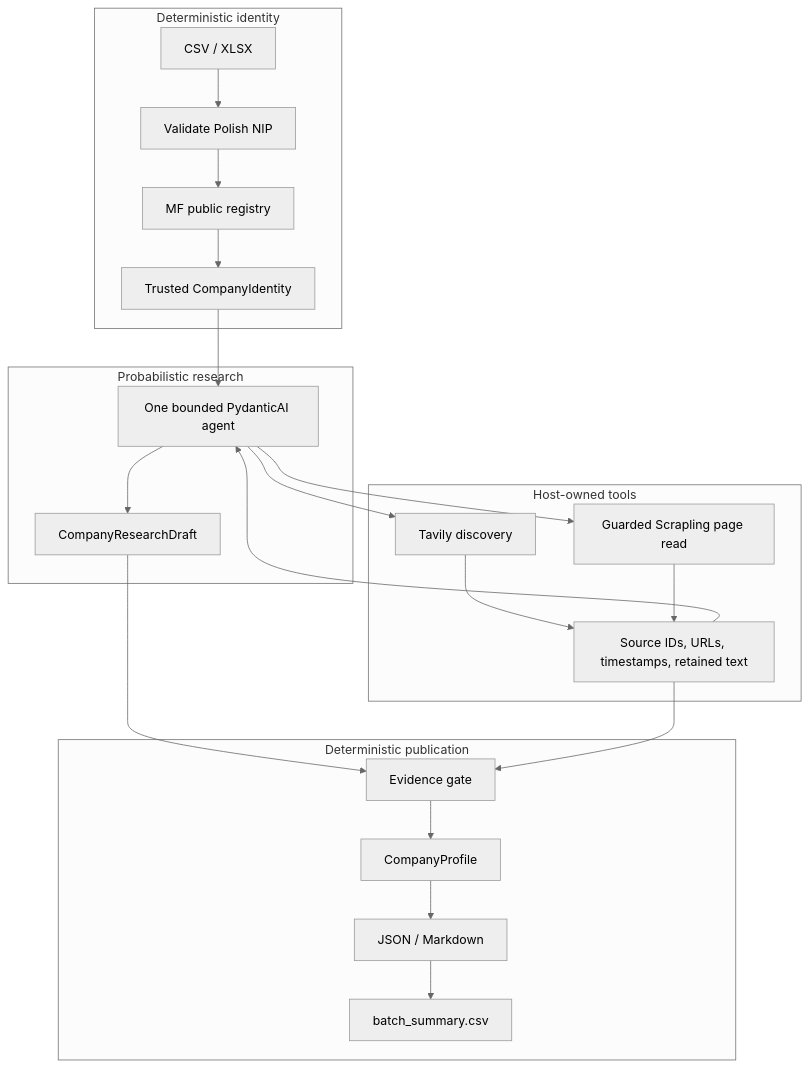
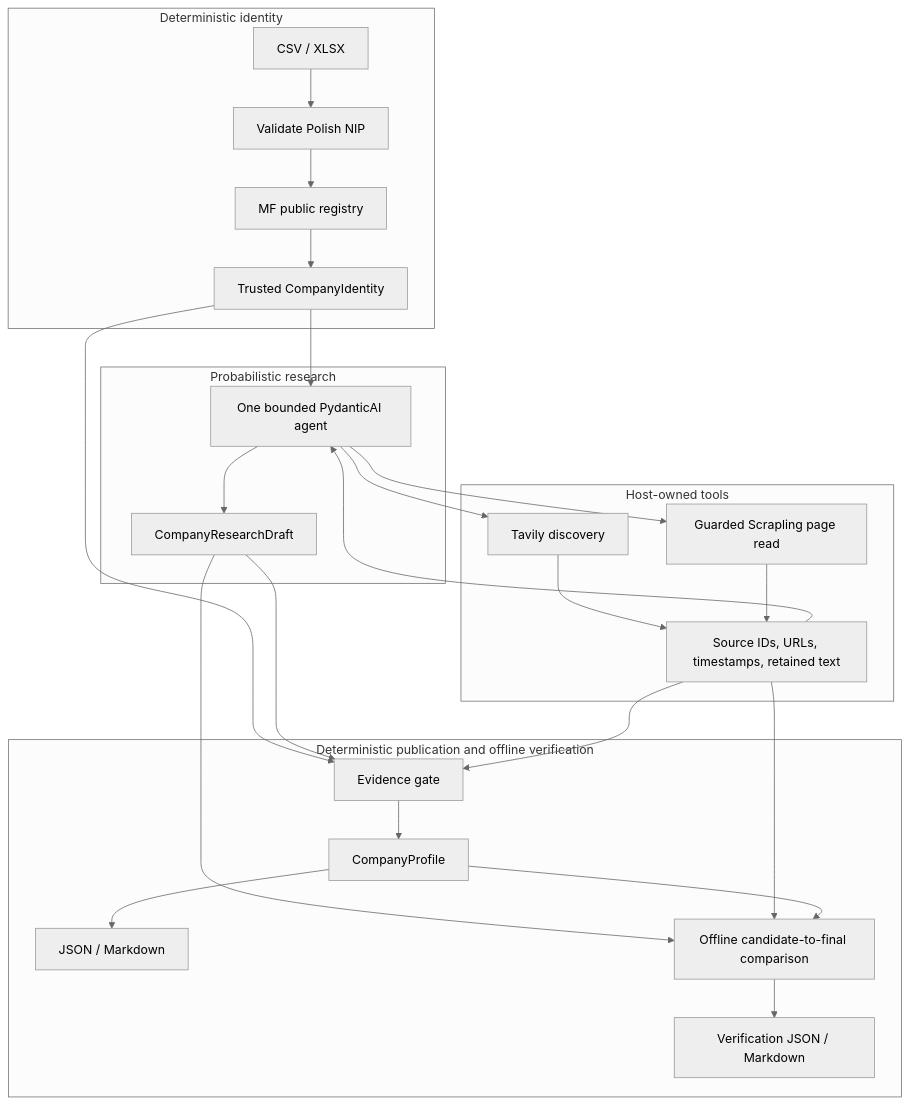
Before and after one commit to TomaszGonczar/company-bi-research-agent: the diagram in README.md, drawn with Mermaid (neutral theme). The commit also changed other lines of this file and 3 other files, not shown here.

Commit message:
docs: lead reviewer path with evidence verification

````diff
--- a/README.md
+++ b/README.md
@@ -26,26 +39,30 @@
 ```mermaid
 flowchart TD
   subgraph I["Deterministic identity"]
     CSV["CSV / XLSX"] --> NIP["Validate Polish NIP"]
     NIP --> MF["MF public registry"]
     MF --> Identity["Trusted CompanyIdentity"]
   end
   subgraph A["Probabilistic research"]
     Agent["One bounded PydanticAI agent"] --> Draft["CompanyResearchDraft"]
   end
   subgraph H["Host-owned tools"]
     Search["Tavily discovery"] --> Sources["Source IDs, URLs, timestamps, retained text"]
     Read["Guarded Scrapling page read"] --> Sources
   end
   Identity --> Agent
   Agent --> Search
   Agent --> Read
   Sources --> Agent
-  subgraph P["Deterministic publication"]
-    Gate["Evidence gate"] --> Profile["CompanyProfile"]
+  subgraph P["Deterministic publication and offline verification"]
+    Identity --> Gate["Evidence gate"]
+    Draft --> Gate
+    Sources --> Gate
+    Gate --> Profile["CompanyProfile"]
     Profile --> Reports["JSON / Markdown"]
-    Reports --> Summary["batch_summary.csv"]
+    Draft --> Verify["Offline candidate-to-final comparison"]
+    Sources --> Verify
+    Profile --> Verify
+    Verify --> VReports["Verification JSON / Markdown"]
   end
-  Draft --> Gate
-  Sources --> Gate
 ```
````
